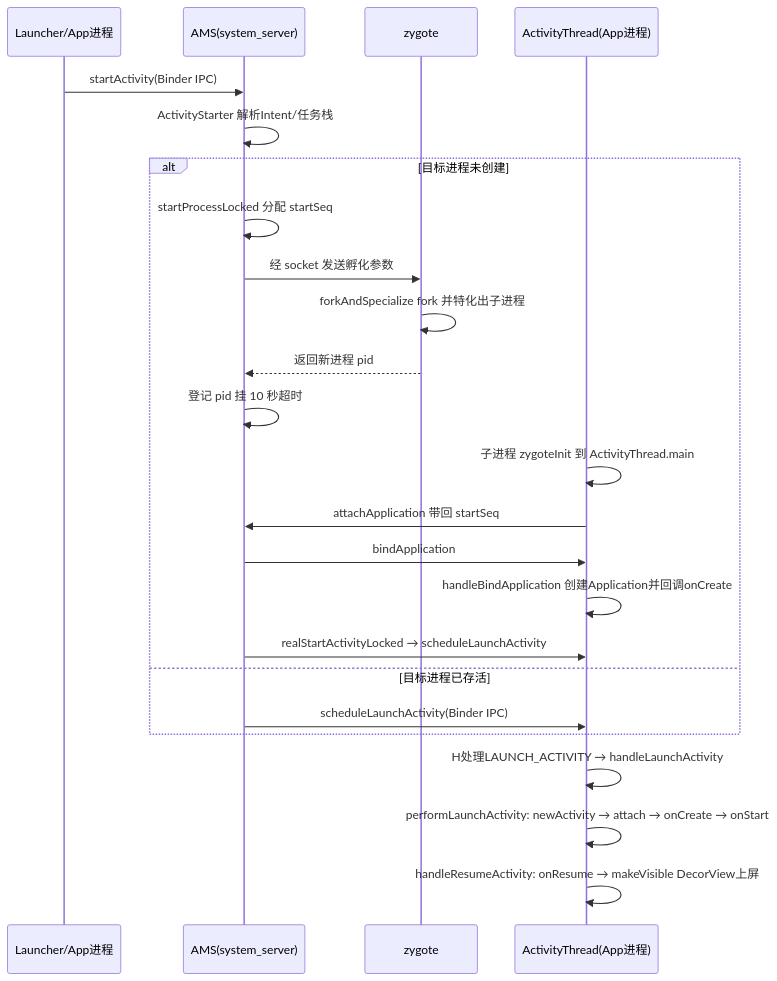
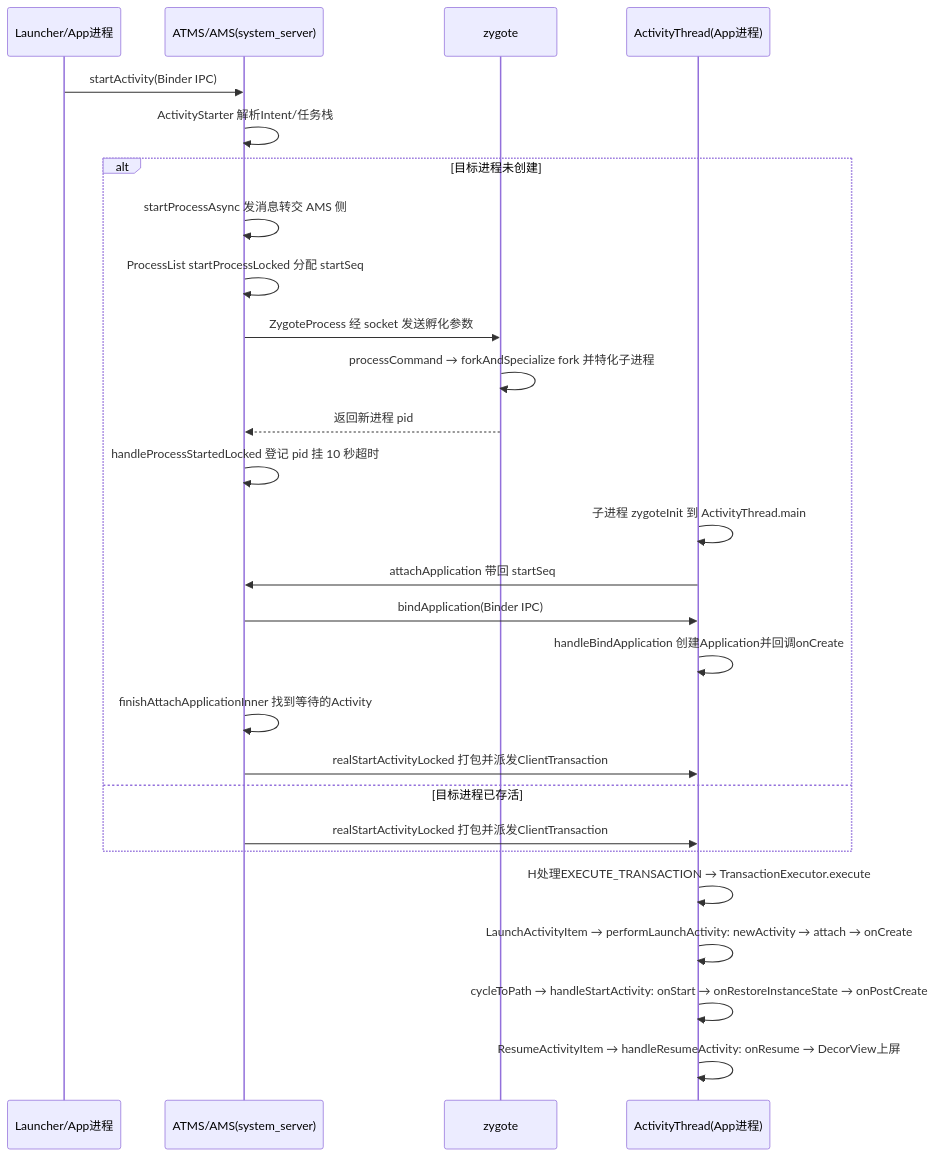
Before and after one commit to coswit/coswit.github.io: the seventh of 7 diagrams in Android/Android源码分析/AndroidActivity源码分析.md, drawn with Mermaid. The commit also changed other lines of this file and 1 other file, not shown here.

````diff
--- a/Android/Android源码分析/AndroidActivity源码分析.md
+++ b/Android/Android源码分析/AndroidActivity源码分析.md
@@ -1226,27 +1474,30 @@
 ```mermaid
 sequenceDiagram
     participant L as Launcher/App进程
-    participant A as AMS(system_server)
+    participant A as ATMS/AMS(system_server)
     participant Z as zygote
     participant T as ActivityThread(App进程)
 
     L->>A: startActivity(Binder IPC)
     A->>A: ActivityStarter 解析Intent/任务栈
     alt 目标进程未创建
-        A->>A: startProcessLocked 分配 startSeq
-        A->>Z: 经 socket 发送孵化参数
-        Z->>Z: forkAndSpecialize fork 并特化出子进程
+        A->>A: startProcessAsync 发消息转交 AMS 侧
+        A->>A: ProcessList startProcessLocked 分配 startSeq
+        A->>Z: ZygoteProcess 经 socket 发送孵化参数
+        Z->>Z: processCommand → forkAndSpecialize fork 并特化子进程
         Z-->>A: 返回新进程 pid
-        A->>A: 登记 pid 挂 10 秒超时
+        A->>A: handleProcessStartedLocked 登记 pid 挂 10 秒超时
         T->>T: 子进程 zygoteInit 到 ActivityThread.main
         T->>A: attachApplication 带回 startSeq
-        A->>T: bindApplication
+        A->>T: bindApplication(Binder IPC)
         T->>T: handleBindApplication 创建Application并回调onCreate
-        A->>T: realStartActivityLocked → scheduleLaunchActivity
+        A->>A: finishAttachApplicationInner 找到等待的Activity
+        A->>T: realStartActivityLocked 打包并派发ClientTransaction
     else 目标进程已存活
-        A->>T: scheduleLaunchActivity(Binder IPC)
+        A->>T: realStartActivityLocked 打包并派发ClientTransaction
     end
-    T->>T: H处理LAUNCH_ACTIVITY → handleLaunchActivity
-    T->>T: performLaunchActivity: newActivity → attach → onCreate → onStart
-    T->>T: handleResumeActivity: onResume → makeVisible DecorView上屏
+    T->>T: H处理EXECUTE_TRANSACTION → TransactionExecutor.execute
+    T->>T: LaunchActivityItem → performLaunchActivity: newActivity → attach → onCreate
+    T->>T: cycleToPath → handleStartActivity: onStart → onRestoreInstanceState → onPostCreate
+    T->>T: ResumeActivityItem → handleResumeActivity: onResume → DecorView上屏
 ```
````
